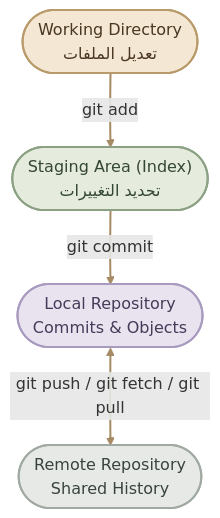
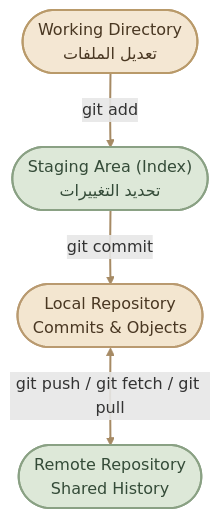
One commit to mustafammasoud/ops-handbook changed the first of 5 diagrams in content/version-control/Git and GitHub/git-architecture.mdx. Above: the diagram before and after it, drawn with Mermaid. The commit also changed other lines of this file and 17 other files, not shown here.

````diff
--- a/content/version-control/Git and GitHub/git-architecture.mdx
+++ b/content/version-control/Git and GitHub/git-architecture.mdx
@@ -43,23 +42,23 @@
 ```mermaid
 flowchart TB
     WD(["Working Directory<br/>تعديل الملفات"])
     SA(["Staging Area (Index)<br/>تحديد التغييرات"])
     LR(["Local Repository<br/>Commits & Objects"])
     RR(["Remote Repository<br/>Shared History"])
 
     WD -->|"git add"| SA
     SA -->|"git commit"| LR
     LR <-->|"git push / git fetch / git pull"| RR
 
     classDef workspace fill:#F4E7D3,stroke:#B99A6A,color:#493722,stroke-width:2px
-    classDef staging fill:#E5EBDD,stroke:#8CA184,color:#344734,stroke-width:2px
-    classDef local fill:#E9E3F0,stroke:#A99ABF,color:#463B58,stroke-width:2px
-    classDef remote fill:#E7E9E7,stroke:#A1AAA2,color:#39443D,stroke-width:2px
+    classDef staging fill:#DDE8D8,stroke:#8AA184,color:#344B38,stroke-width:2px
+    classDef local fill:#F3E6D0,stroke:#B99A70,color:#493722,stroke-width:2px
+    classDef remote fill:#DDE8D8,stroke:#8AA184,color:#344B38,stroke-width:2px
 
     class WD workspace
     class SA staging
     class LR local
     class RR remote
 
     linkStyle 0,1,2 stroke:#A68A64,stroke-width:2px
 ```
````
